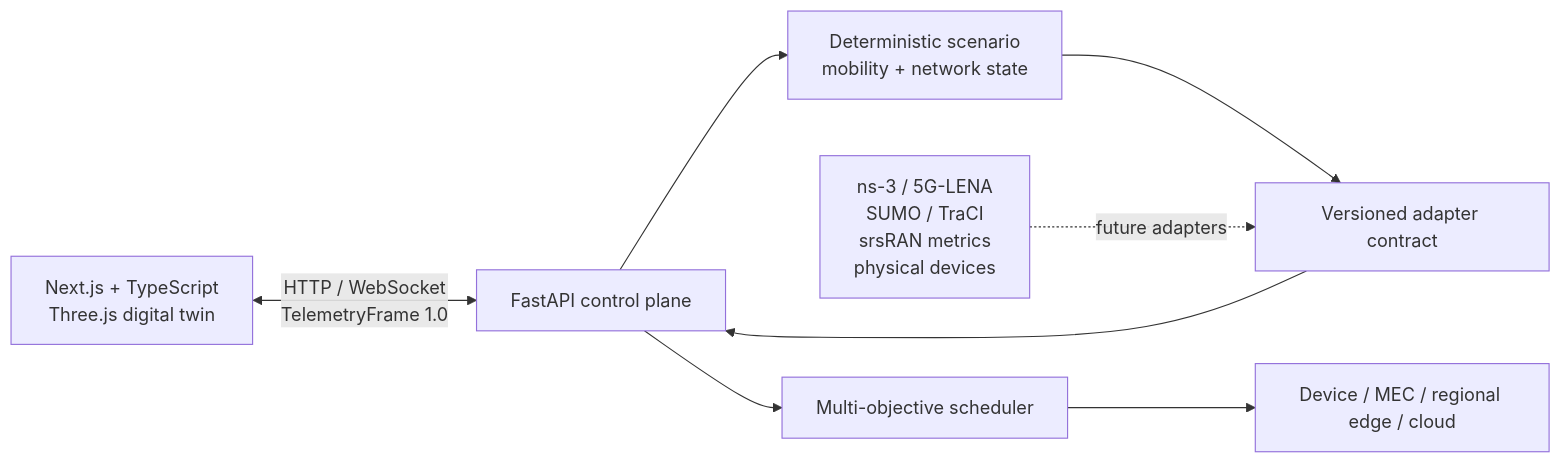
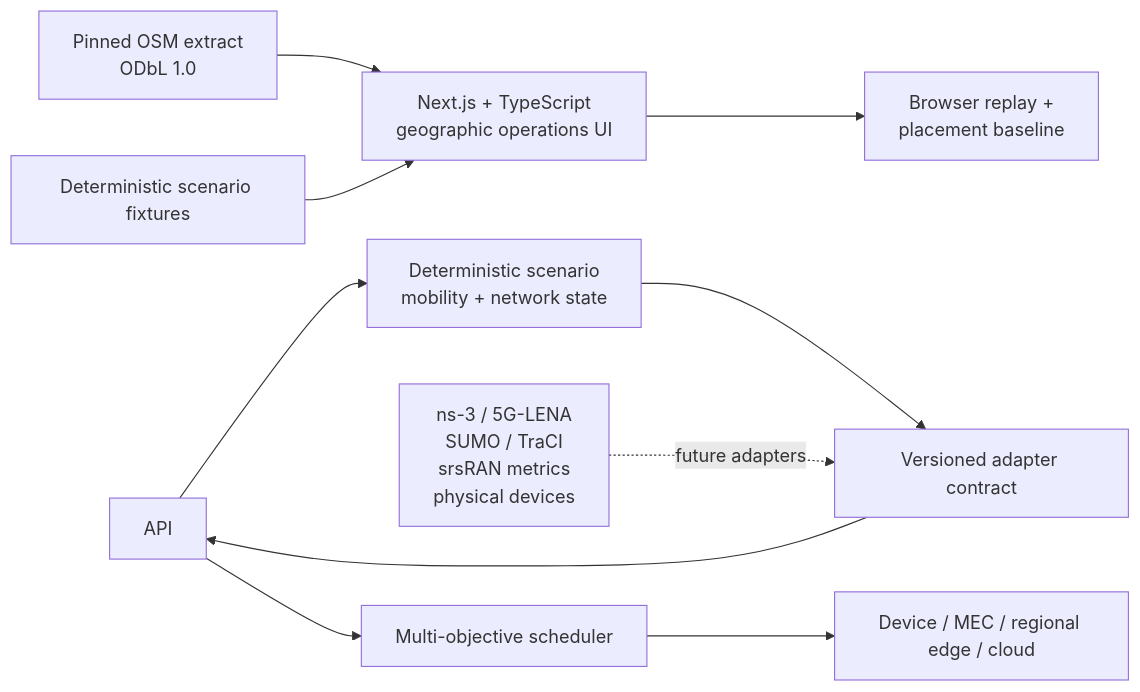
One commit to MarinJursic/edge-intelligence-digital-twin changed the diagram in README.md. Above: the diagram before and after it, drawn with Mermaid. The commit also changed other lines of this file and 17 other files, not shown here.

Commit message:
Rebuild edge operations twin and refresh walkthrough

````diff
--- a/README.md
+++ b/README.md
@@ -94,10 +97,12 @@
 ```mermaid
 flowchart LR
-    UI["Next.js + TypeScript<br/>Three.js digital twin"] <-->|"HTTP / WebSocket<br/>TelemetryFrame 1.0"| API["FastAPI control plane"]
+    OSM["Pinned OSM extract<br/>ODbL 1.0"] --> UI["Next.js + TypeScript<br/>geographic operations UI"]
+    FIX["Deterministic scenario fixtures"] --> UI
+    UI --> KERNEL["Browser replay +<br/>placement baseline"]
     API --> SIM["Deterministic scenario<br/>mobility + network state"]
     API --> SCH["Multi-objective scheduler"]
     SCH --> DEC["Device / MEC / regional edge / cloud"]
     SIM --> CONTRACT["Versioned adapter contract"]
     EXT["ns-3 / 5G-LENA<br/>SUMO / TraCI<br/>srsRAN metrics<br/>physical devices"] -. "future adapters" .-> CONTRACT
     CONTRACT --> API
 ```
````
